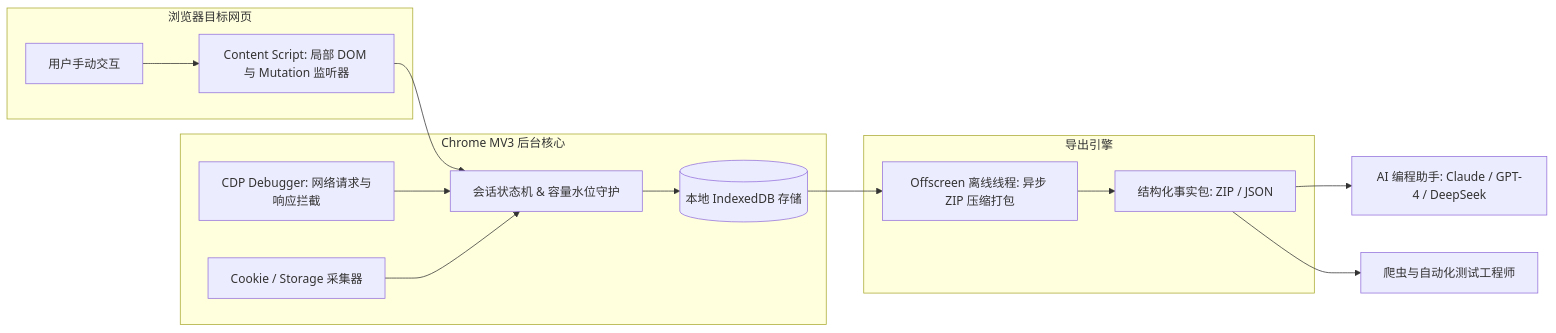
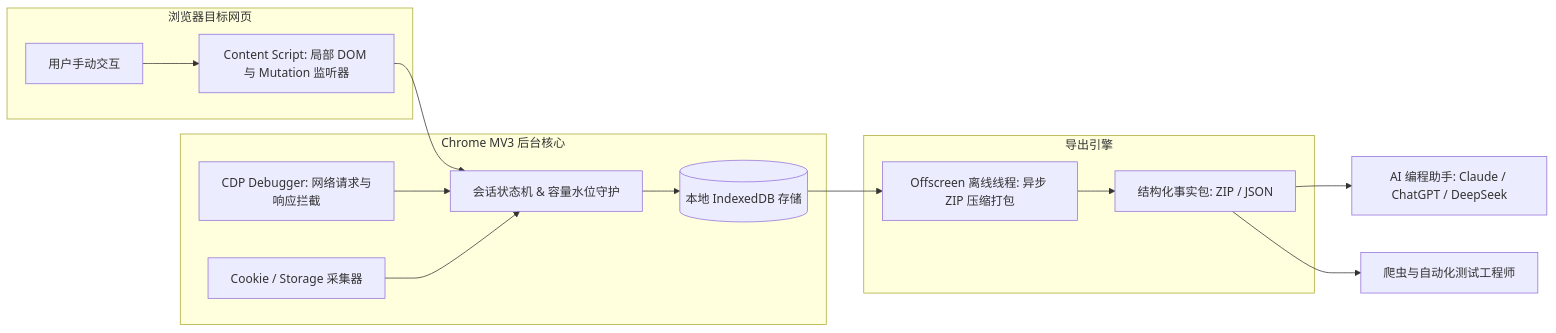
Before and after one commit to AiYeyeye/ai-crawler-helper-plugin: the diagram in README_zh.md, drawn with Mermaid. The commit also changed other lines of this file and 3 other files, not shown here.

````diff
--- a/README_zh.md
+++ b/README_zh.md
@@ -66,24 +66,24 @@
 ```mermaid
 flowchart LR
     subgraph 浏览器目标网页
         User[用户手动交互] --> ContentScript[Content Script: 局部 DOM 与 Mutation 监听器]
     end
 
     subgraph Chrome MV3 后台核心
         Debugger[CDP Debugger: 网络请求与响应拦截]
         Cookies[Cookie / Storage 采集器]
         SM[会话状态机 & 容量水位守护]
         ContentScript --> SM
         Debugger --> SM
         Cookies --> SM
         SM --> DB[(本地 IndexedDB 存储)]
     end
 
     subgraph 导出引擎
         DB --> Offscreen[Offscreen 离线线程: 异步 ZIP 压缩打包]
         Offscreen --> FactPackage[结构化事实包: ZIP / JSON]
     end
 
-    FactPackage --> AI[AI 编程助手: Claude / GPT-4 / DeepSeek]
+    FactPackage --> AI[AI 编程助手: Claude / ChatGPT / DeepSeek]
     FactPackage --> Human[爬虫与自动化测试工程师]
 ```
````
